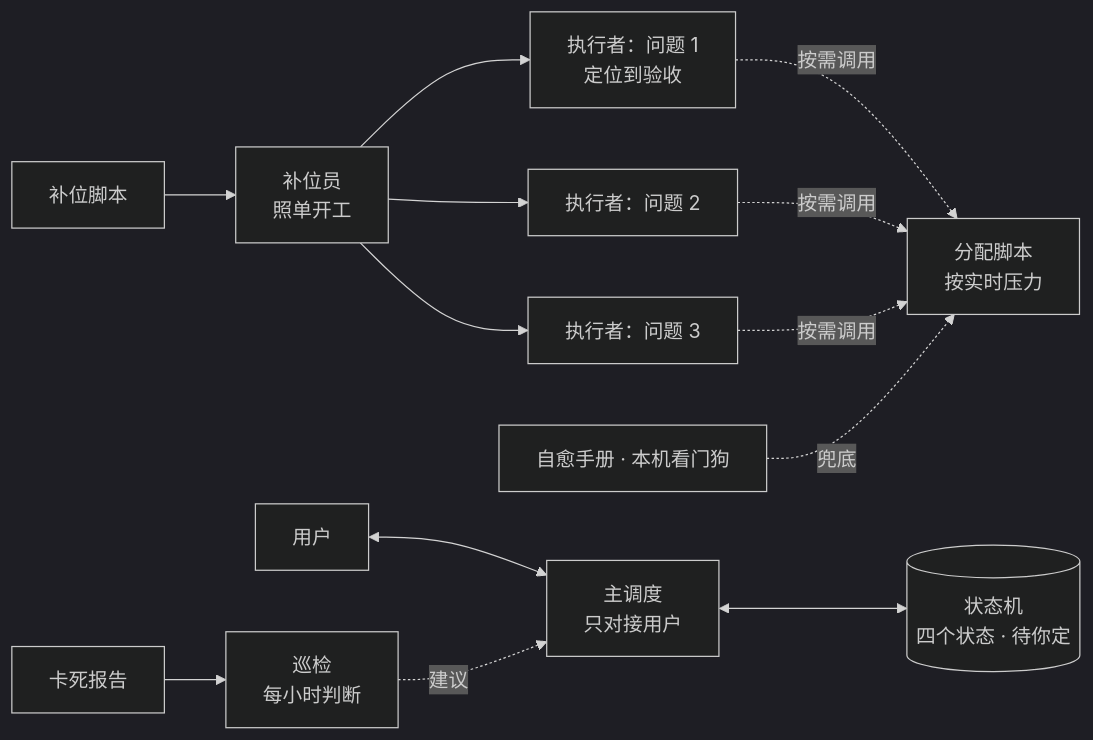
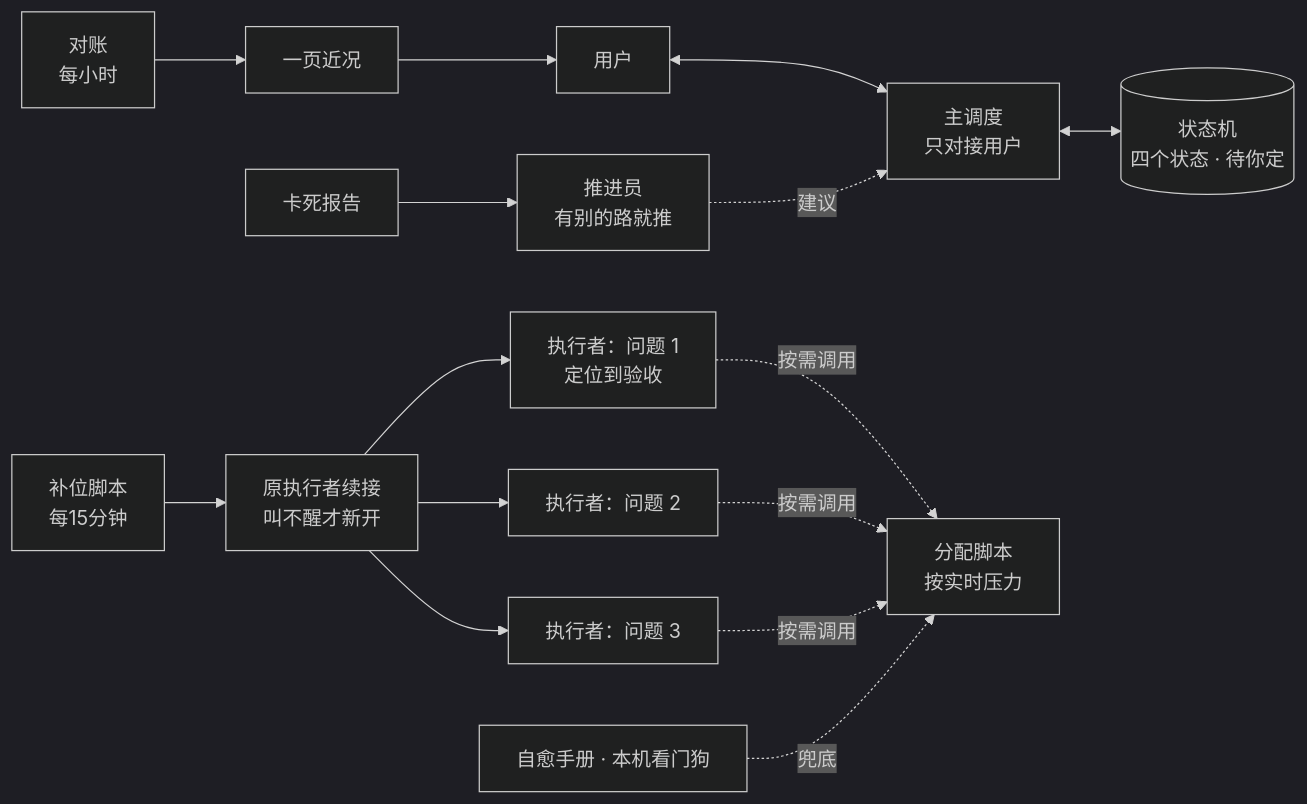
One commit to LaiHu2002/reliable-agent-dispatch changed the diagram in README.md. Above: the diagram before and after it, drawn with Mermaid (dark theme). The commit also changed other lines of this file and 4 other files, not shown here.

````diff
--- a/README.md
+++ b/README.md
@@ -11,13 +11,14 @@
 ```mermaid
 flowchart LR
     U[用户] <--> D[主调度<br/>只对接用户]
     D <--> Q[(状态机<br/>四个状态 · 待你定)]
-    S1[补位脚本] --> F[补位员<br/>照单开工]
+    S1[补位脚本<br/>每15分钟] --> F[原执行者续接<br/>叫不醒才新开]
     F --> W1[执行者：问题 1<br/>定位到验收]
     F --> W2[执行者：问题 2]
     F --> W3[执行者：问题 3]
     W1 & W2 & W3 -.按需调用.-> M[分配脚本<br/>按实时压力]
-    S2[卡死报告] --> P[巡检<br/>每小时判断]
+    S2[卡死报告] --> P[推进员<br/>有别的路就推]
     P -.建议.-> D
     H[自愈手册 · 本机看门狗] -.兜底.-> M
+    R[对账<br/>每小时] --> N[一页近况] --> U
 ```
````
